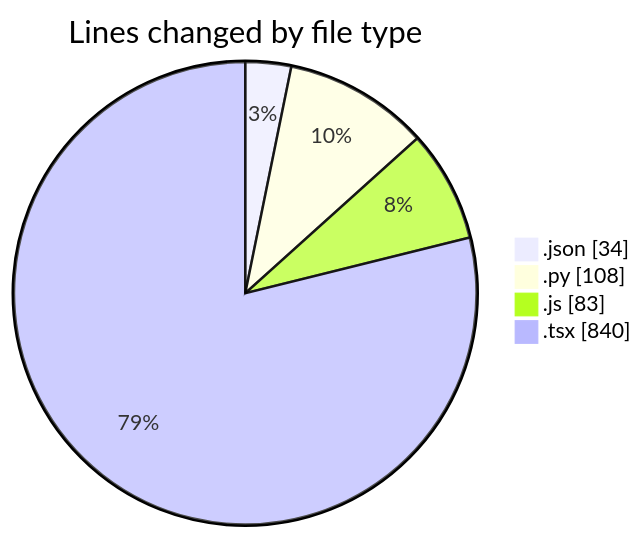
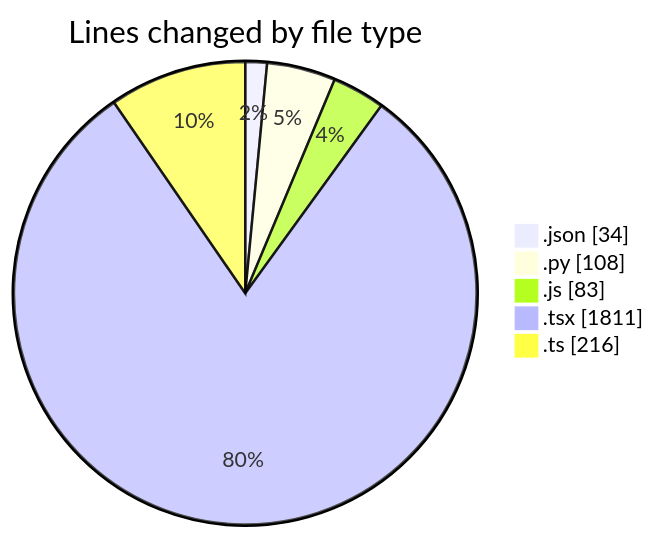
Before and after one commit to nxtqubesakshisongat/code-tracking: the first of 2 diagrams in 2026-07-28/nxtqube_webapp/README.md, drawn with Mermaid. The commit also changed other lines of this file and 1 other file, not shown here.

````diff
--- a/2026-07-28/nxtqube_webapp/README.md
+++ b/2026-07-28/nxtqube_webapp/README.md
@@ -24,8 +31,9 @@
 ```mermaid
 pie showData
 title Lines changed by file type
 ".json" : 34
 ".py" : 108
 ".js" : 83
-".tsx" : 840
+".tsx" : 1811
+".ts" : 216
 ```
````
